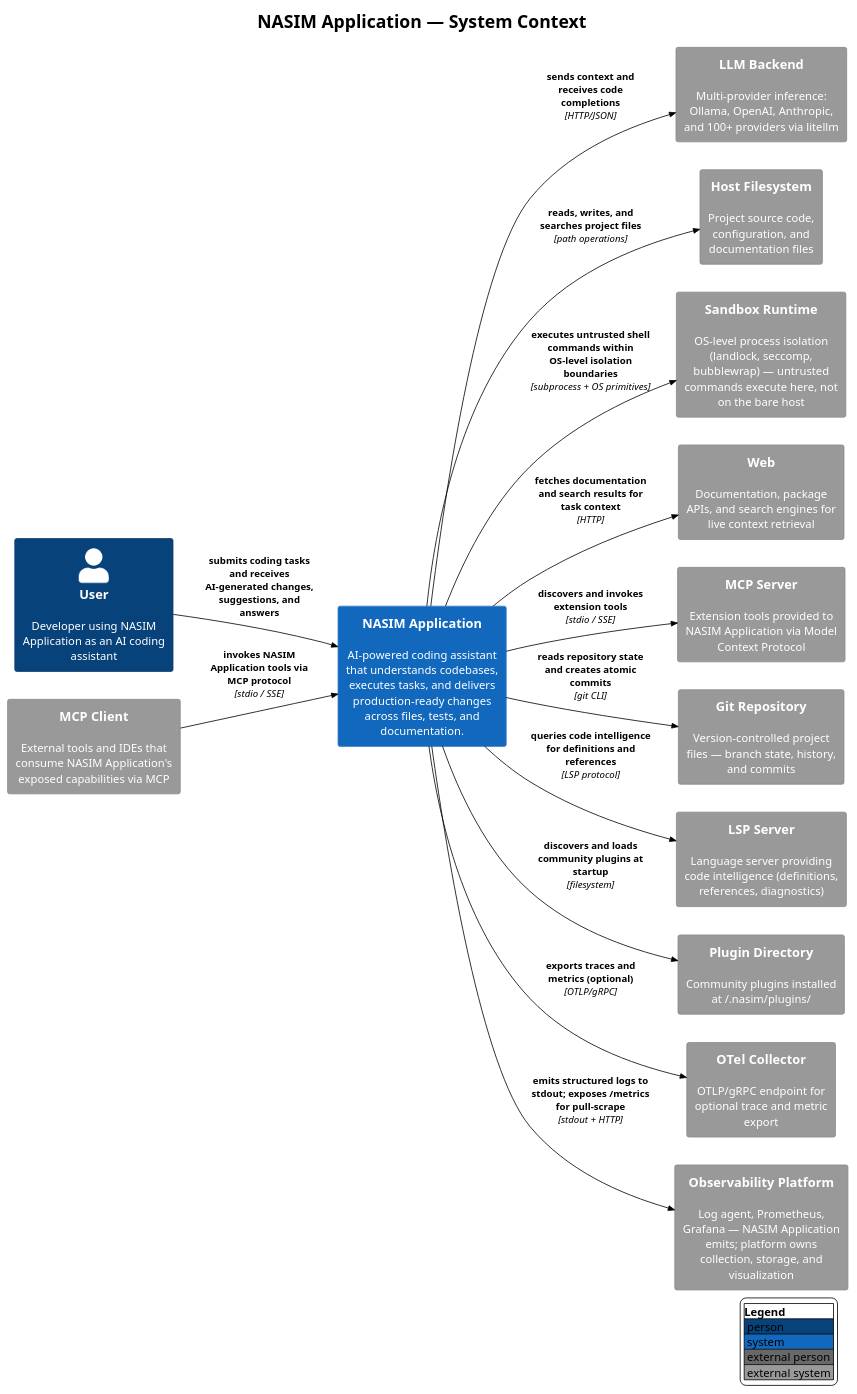
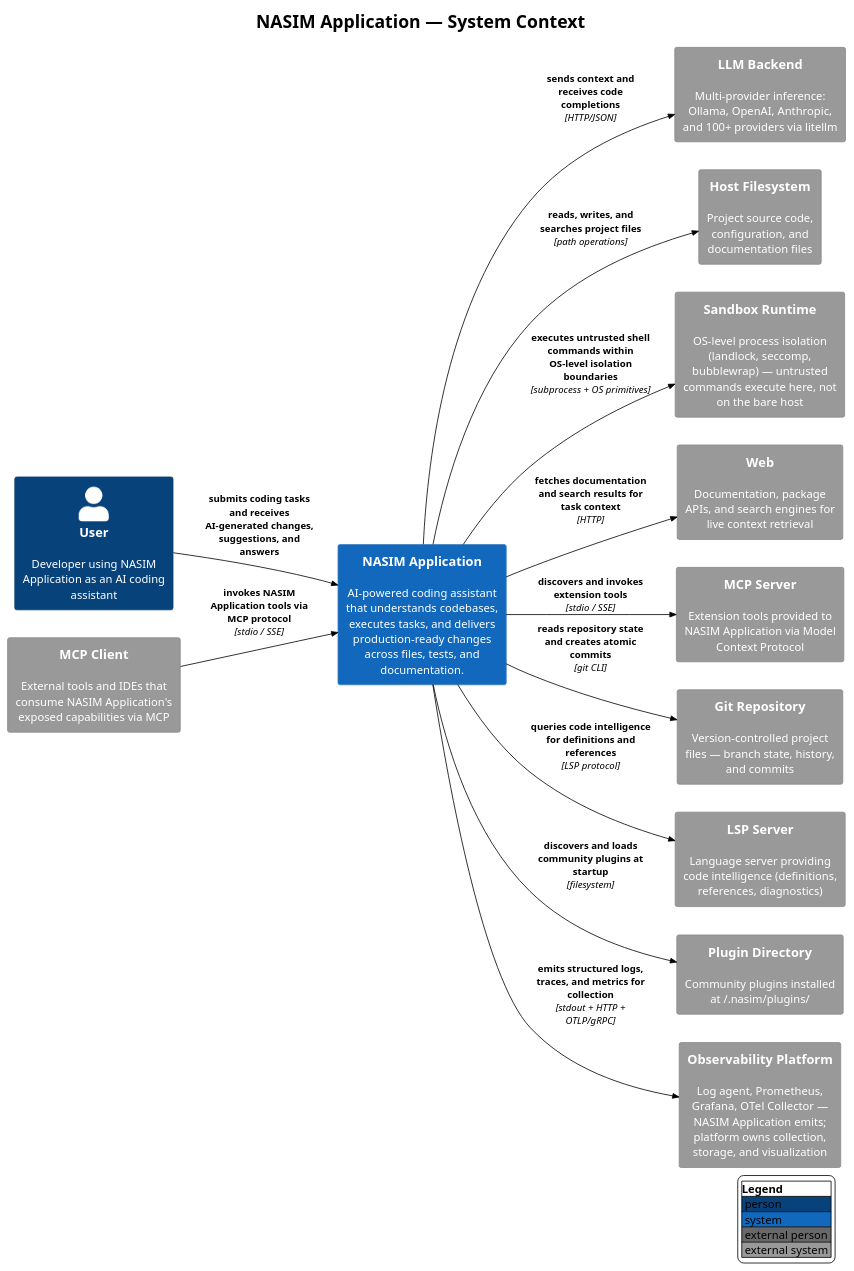
One commit to salimnamvar/nasim changed the diagram in docs/C4/c4_nasim_context.puml. Above: the diagram before and after it, drawn with PlantUML. The commit also changed 10 other files, not shown here.

Commit message:
docs(C4): Update component diagrams for clarity and consistency; enhance descriptions and relationships

```diff
--- a/docs/C4/c4_nasim_context.puml
+++ b/docs/C4/c4_nasim_context.puml
@@ -1,58 +1,56 @@
 @startuml c4_nasim_context
 !include https://raw.githubusercontent.com/plantuml-stdlib/C4-PlantUML/v2.10.0/C4_Context.puml
 !theme plain
 
 ' ============================================================
 ' Title:     NASIM Application — System Context
 ' Boundary:  NASIM Application
 ' Purpose:   Show NASIM Application as a code-agent system with one User actor
 '            and all external systems it depends on or is consumed by.
 '
 '            ABSTRACTION LEVEL NOTES:
 '            This is Level 1 (Context). It shows what the system IS and
 '            what it INTERACTS with — not how it works internally.
 '            Internal implementation details (tree_sitter, embedding_model,
 '            vector_store, CLI vs HTTP entry points) belong in Container
 '            or Component diagrams and are intentionally omitted here.
 '
 ' Milestone: v1.0
 ' Version:   9.0.0
 ' Source:    docs/entities.md
 ' Review:    —
 ' ============================================================
 
 LAYOUT_LEFT_RIGHT()
 LAYOUT_WITH_LEGEND()
 
 title NASIM Application — System Context
 
 Person(user, "User", "Developer using NASIM Application as an AI coding assistant")
 
 System(nasim_application, "NASIM Application", "AI-powered coding assistant that understands codebases, executes tasks, and delivers production-ready changes across files, tests, and documentation.")
 
 System_Ext(llm_backend, "LLM Backend", "Multi-provider inference: Ollama, OpenAI, Anthropic, and 100+ providers via litellm")
 System_Ext(host_fs, "Host Filesystem", "Project source code, configuration, and documentation files")
 System_Ext(sandbox, "Sandbox Runtime", "OS-level process isolation (landlock, seccomp, bubblewrap) — untrusted commands execute here, not on the bare host")
 System_Ext(web, "Web", "Documentation, package APIs, and search engines for live context retrieval")
 System_Ext(mcp_server, "MCP Server", "Extension tools provided to NASIM Application via Model Context Protocol")
 System_Ext(mcp_client, "MCP Client", "External tools and IDEs that consume NASIM Application's exposed capabilities via MCP")
 System_Ext(git_repo, "Git Repository", "Version-controlled project files — branch state, history, and commits")
 System_Ext(lsp_server, "LSP Server", "Language server providing code intelligence (definitions, references, diagnostics)")
 System_Ext(plugin_dir, "Plugin Directory", "Community plugins installed at ~/.nasim/plugins/")
-System_Ext(otel_collector, "OTel Collector", "OTLP/gRPC endpoint for optional trace and metric export")
-System_Ext(obs_platform, "Observability Platform", "Log agent, Prometheus, Grafana — NASIM Application emits; platform owns collection, storage, and visualization")
+System_Ext(obs_platform, "Observability Platform", "Log agent, Prometheus, Grafana, OTel Collector — NASIM Application emits; platform owns collection, storage, and visualization")
 
 Rel(user, nasim_application, "submits coding tasks and receives AI-generated changes, suggestions, and answers")
 Rel(nasim_application, llm_backend, "sends context and receives code completions", "HTTP/JSON")
 Rel(nasim_application, host_fs, "reads, writes, and searches project files", "path operations")
 Rel(nasim_application, sandbox, "executes untrusted shell commands within OS-level isolation boundaries", "subprocess + OS primitives")
 Rel(nasim_application, web, "fetches documentation and search results for task context", "HTTP")
 Rel(nasim_application, mcp_server, "discovers and invokes extension tools", "stdio / SSE")
 Rel(mcp_client, nasim_application, "invokes NASIM Application tools via MCP protocol", "stdio / SSE")
 Rel(nasim_application, git_repo, "reads repository state and creates atomic commits", "git CLI")
 Rel(nasim_application, lsp_server, "queries code intelligence for definitions and references", "LSP protocol")
 Rel(nasim_application, plugin_dir, "discovers and loads community plugins at startup", "filesystem")
-Rel(nasim_application, obs_platform, "emits structured logs to stdout; exposes /metrics for pull-scrape", "stdout + HTTP")
-Rel(nasim_application, otel_collector, "exports traces and metrics (optional)", "OTLP/gRPC")
+Rel(nasim_application, obs_platform, "emits structured logs, traces, and metrics for collection", "stdout + HTTP + OTLP/gRPC")
 
 @enduml
```
